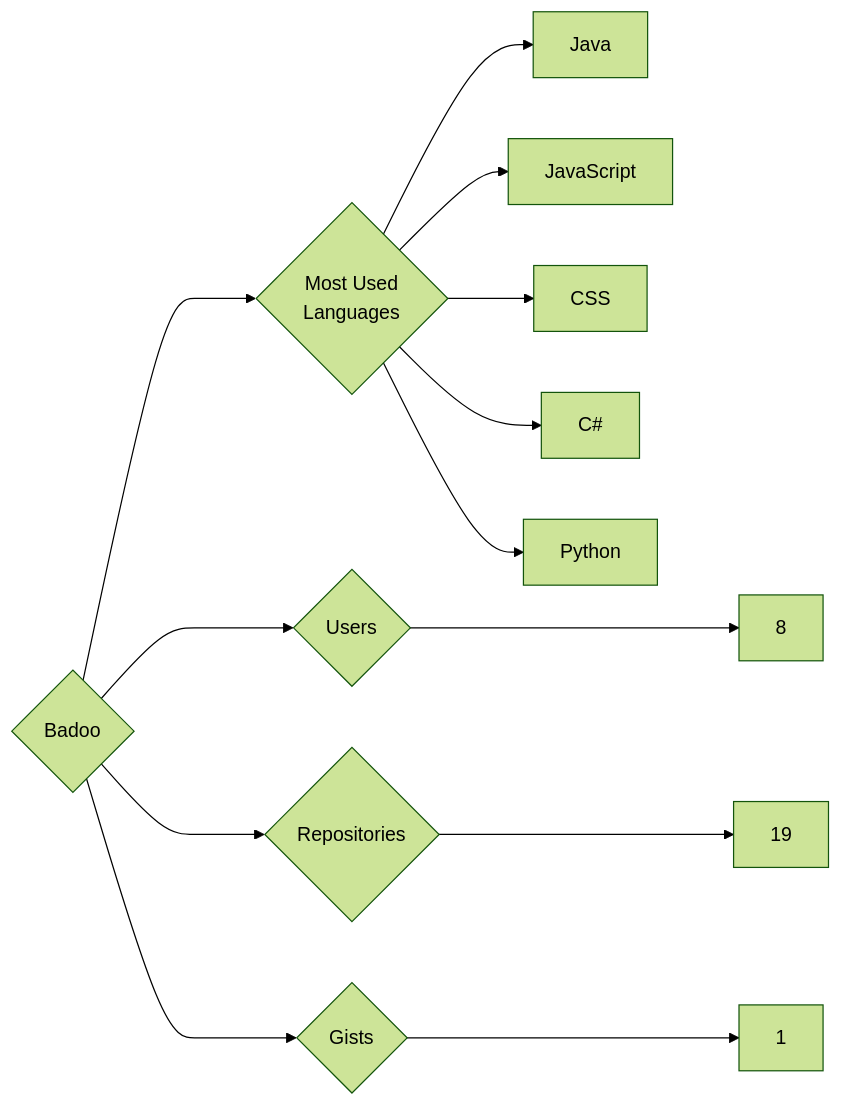
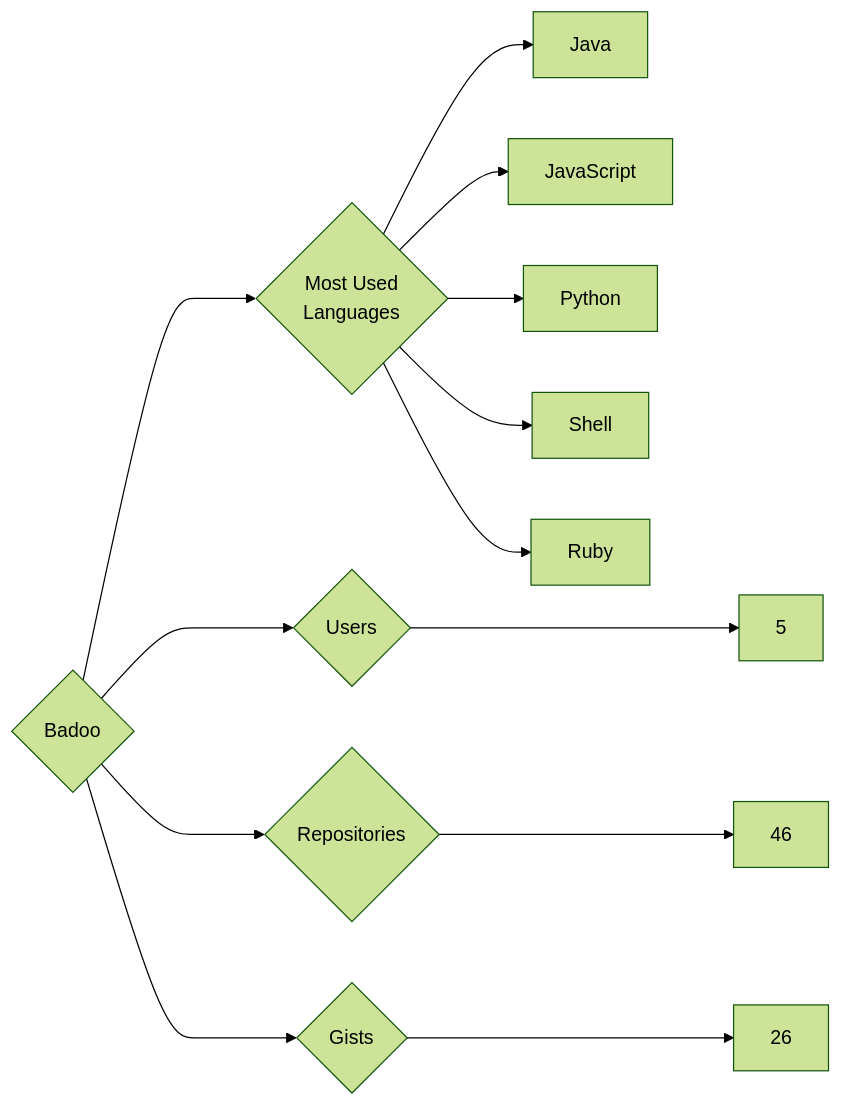
The diagram in targets/Badoo/README.md (trickest/insiders), drawn with Mermaid (forest theme) before and after one commit. The commit also changed 859 other files, not shown here.

````diff
--- a/targets/Badoo/README.md
+++ b/targets/Badoo/README.md
@@ -3,13 +3,13 @@
 ```mermaid
 graph LR
 COMPANY_NAME{Badoo}
-COMPANY_NAME ---> U{Users} ---> UN[8]
-COMPANY_NAME ---> R{Repositories} ---> RN[19]
-COMPANY_NAME ---> G{Gists} ---> GN[1]
+COMPANY_NAME ---> U{Users} ---> UN[5]
+COMPANY_NAME ---> R{Repositories} ---> RN[46]
+COMPANY_NAME ---> G{Gists} ---> GN[26]
 COMPANY_NAME ---> ML{Most Used<br>Languages}
 ML --> Java[Java]
 ML --> JavaScript[JavaScript]
-ML --> CSS[CSS]
-ML --> C#[C#]
 ML --> Python[Python]
+ML --> Shell[Shell]
+ML --> Ruby[Ruby]
 ```
````
